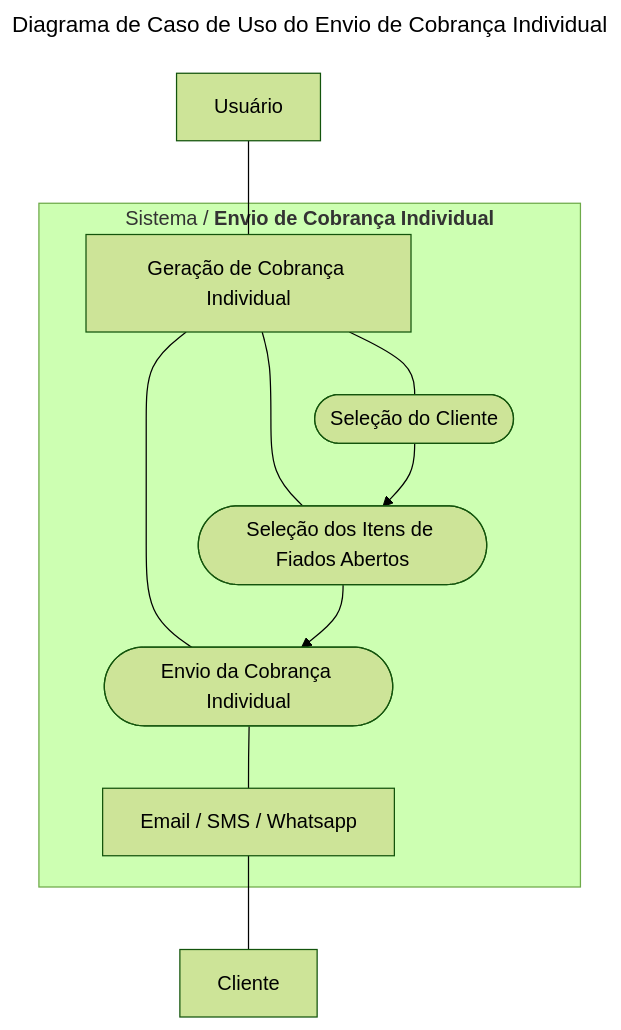
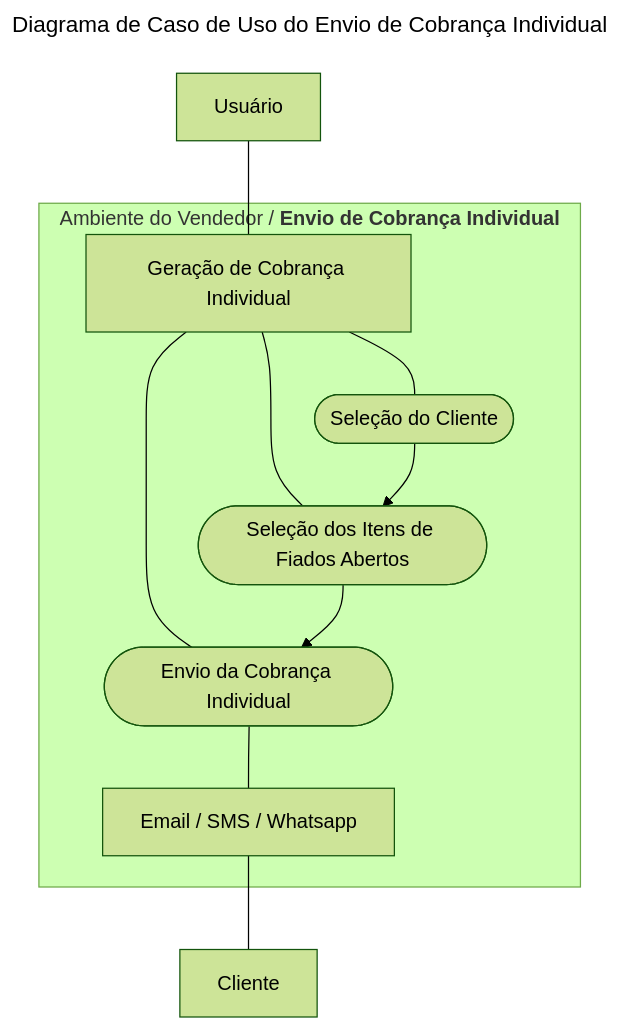
The eighth of 24 diagrams in engenharia/diagrams.md (h4mn/fatec_tarefas), drawn with Mermaid (forest theme) before and after one commit. The commit also changed other lines of this file and 2 other files, not shown here.

````diff
--- a/engenharia/diagrams.md
+++ b/engenharia/diagrams.md
@@ -191,16 +191,16 @@
 ```mermaid
 ---
 title: Diagrama de Caso de Uso do Envio de Cobrança Individual
 ---
 graph TB
     A[Usuário] --- B[Geração de Cobrança Individual]
-    subgraph "`Sistema / **Envio de Cobrança Individual**`"
+    subgraph "`Ambiente do Vendedor / **Envio de Cobrança Individual**`"
         B --- C([Seleção do Cliente])
         B --- D([Seleção dos Itens de Fiados Abertos])
         B --- E([Envio da Cobrança Individual])
         E --- F[Email / SMS / Whatsapp]
         C --> D
         D --> E
     end
     F --- G[Cliente]
 ```
````
